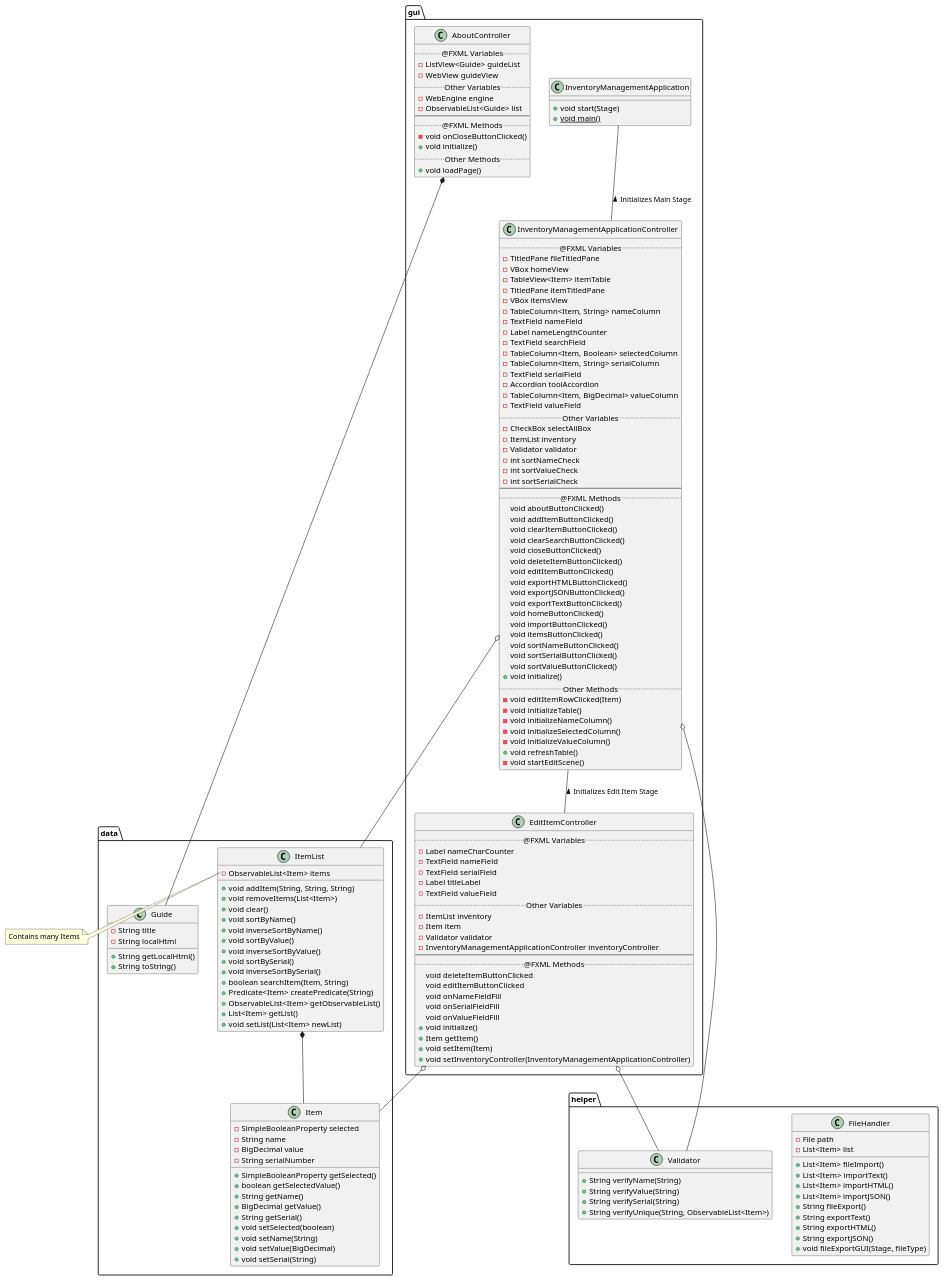
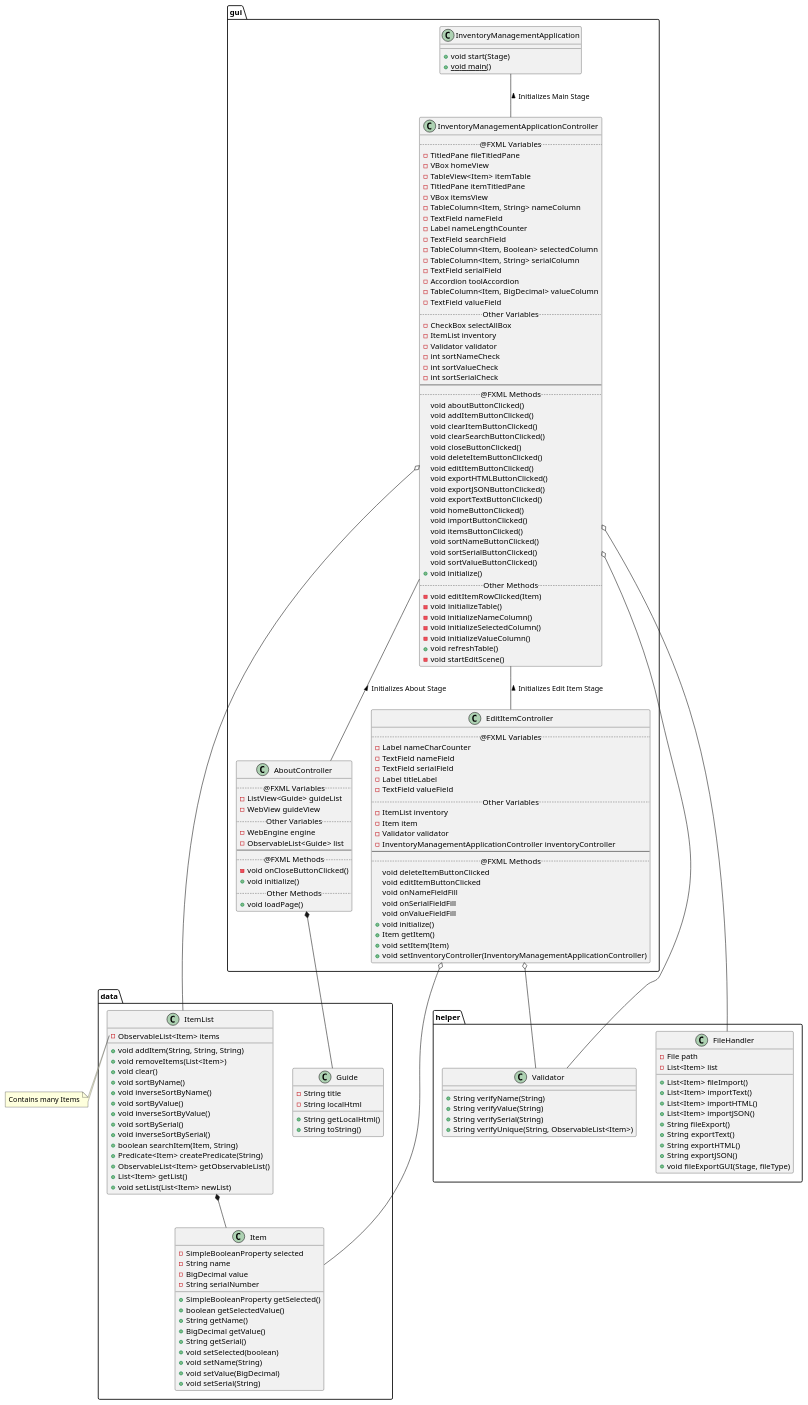
Before and after one commit to lastingParadox/inventory-manager: the diagram in docs/classes.puml, drawn with PlantUML.

Commit message:
Final diagram edit

```diff
--- a/docs/classes.puml
+++ b/docs/classes.puml
@@ -1,188 +1,190 @@
 @startuml
 
 package "data" {
 
     class Guide {
         -String title
         -String localHtml
 
         +String getLocalHtml()
         +String toString()
     }
 
     class Item {
         -SimpleBooleanProperty selected
         -String name
         -BigDecimal value
         -String serialNumber
 
         +SimpleBooleanProperty getSelected()
         +boolean getSelectedValue()
         +String getName()
         +BigDecimal getValue()
         +String getSerial()
         +void setSelected(boolean)
         +void setName(String)
         +void setValue(BigDecimal)
         +void setSerial(String)
     }
 
     class ItemList {
         -ObservableList<Item> items
 
         +void addItem(String, String, String)
         +void removeItems(List<Item>)
         +void clear()
         +void sortByName()
         +void inverseSortByName()
         +void sortByValue()
         +void inverseSortByValue()
         +void sortBySerial()
         +void inverseSortBySerial()
         +boolean searchItem(Item, String)
         +Predicate<Item> createPredicate(String)
         +ObservableList<Item> getObservableList()
         +List<Item> getList()
         +void setList(List<Item> newList)
     }
 
 }
 
 package "gui" {
     class AboutController {
         ..@FXML Variables..
         -ListView<Guide> guideList
         -WebView guideView
         ..Other Variables..
         -WebEngine engine
         -ObservableList<Guide> list
         --
         ..@FXML Methods..
         -void onCloseButtonClicked()
         +void initialize()
         ..Other Methods..
         +void loadPage()
     }
 
     class EditItemController {
         ..@FXML Variables..
         -Label nameCharCounter
         -TextField nameField
         -TextField serialField
         -Label titleLabel
         -TextField valueField
         ..Other Variables..
         -ItemList inventory
         -Item item
         -Validator validator
         -InventoryManagementApplicationController inventoryController
         --
         ..@FXML Methods..
         void deleteItemButtonClicked
         void editItemButtonClicked
         void onNameFieldFill
         void onSerialFieldFill
         void onValueFieldFill
         +void initialize()
         +Item getItem()
         +void setItem(Item)
         +void setInventoryController(InventoryManagementApplicationController)
     }
 
     class InventoryManagementApplication {
         +void start(Stage)
         +{static}void main()
     }
 
     class InventoryManagementApplicationController {
         ..@FXML Variables..
         -TitledPane fileTitledPane
         -VBox homeView
         -TableView<Item> itemTable
         -TitledPane itemTitledPane
         -VBox itemsView
         -TableColumn<Item, String> nameColumn
         -TextField nameField
         -Label nameLengthCounter
         -TextField searchField
         -TableColumn<Item, Boolean> selectedColumn
         -TableColumn<Item, String> serialColumn
         -TextField serialField
         -Accordion toolAccordion
         -TableColumn<Item, BigDecimal> valueColumn
         -TextField valueField
         ..Other Variables..
         -CheckBox selectAllBox
         -ItemList inventory
         -Validator validator
         -int sortNameCheck
         -int sortValueCheck
         -int sortSerialCheck
         --
         ..@FXML Methods..
         void aboutButtonClicked()
         void addItemButtonClicked()
         void clearItemButtonClicked()
         void clearSearchButtonClicked()
         void closeButtonClicked()
         void deleteItemButtonClicked()
         void editItemButtonClicked()
         void exportHTMLButtonClicked()
         void exportJSONButtonClicked()
         void exportTextButtonClicked()
         void homeButtonClicked()
         void importButtonClicked()
         void itemsButtonClicked()
         void sortNameButtonClicked()
         void sortSerialButtonClicked()
         void sortValueButtonClicked()
         +void initialize()
         ..Other Methods..
         -void editItemRowClicked(Item)
         -void initializeTable()
         -void initializeNameColumn()
         -void initializeSelectedColumn()
         -void initializeValueColumn()
         +void refreshTable()
         -void startEditScene()
     }
 }
 
 package "helper" {
     class FileHandler {
         -File path
         -List<Item> list
 
         +List<Item> fileImport()
         +List<Item> importText()
         +List<Item> importHTML()
         +List<Item> importJSON()
         +String fileExport()
         +String exportText()
         +String exportHTML()
         +String exportJSON()
         +void fileExportGUI(Stage, fileType)
     }
 
     class Validator {
         +String verifyName(String)
         +String verifyValue(String)
         +String verifySerial(String)
         +String verifyUnique(String, ObservableList<Item>)
     }
 }
 
 InventoryManagementApplication -- InventoryManagementApplicationController : < Initializes Main Stage
 InventoryManagementApplicationController -- EditItemController : < Initializes Edit Item Stage
+InventoryManagementApplicationController -- AboutController : < Initializes About Stage
 InventoryManagementApplicationController o-- ItemList
 InventoryManagementApplicationController o-- Validator
+InventoryManagementApplicationController o-- FileHandler
 EditItemController o-- Validator
 EditItemController o-- Item
 AboutController *-- Guide
 ItemList *-- Item
 
 note left of ItemList::items
     Contains many Items
 end note
 
 @enduml
```
